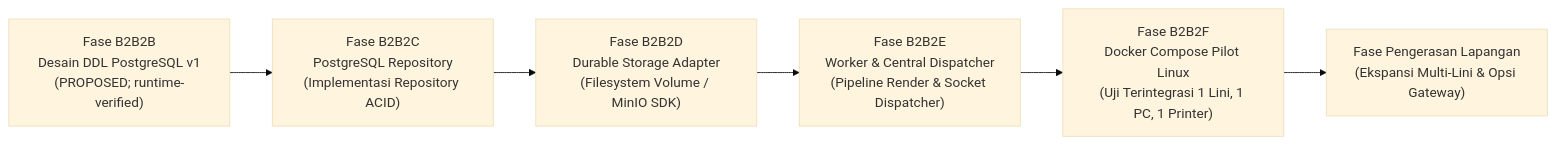
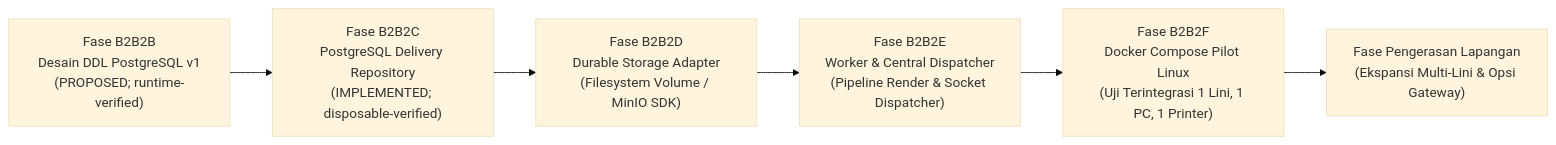
Before and after one commit to pikidisini/Thermal-Label-Studio: the third of 3 diagrams in docs/architecture/production_architecture_options.md, drawn with Mermaid (base theme). The commit also changed other lines of this file and 38 other files, not shown here.

First line of the commit message:
feat: add PostgreSQL persistence layer for print pipeline

````diff
--- a/docs/architecture/production_architecture_options.md
+++ b/docs/architecture/production_architecture_options.md
@@ -541,8 +539,8 @@
 ```mermaid
 flowchart LR
-    A["Fase B2B2B\nDesain DDL PostgreSQL v1\n(PROPOSED; runtime-verified)"] --> B["Fase B2B2C\nPostgreSQL Repository\n(Implementasi Repository ACID)"]
+    A["Fase B2B2B\nDesain DDL PostgreSQL v1\n(PROPOSED; runtime-verified)"] --> B["Fase B2B2C\nPostgreSQL Delivery Repository\n(IMPLEMENTED; disposable-verified)"]
     B --> C["Fase B2B2D\nDurable Storage Adapter\n(Filesystem Volume / MinIO SDK)"]
     C --> D["Fase B2B2E\nWorker & Central Dispatcher\n(Pipeline Render & Socket Dispatcher)"]
     D --> E["Fase B2B2F\nDocker Compose Pilot Linux\n(Uji Terintegrasi 1 Lini, 1 PC, 1 Printer)"]
     E --> F["Fase Pengerasan Lapangan\n(Ekspansi Multi-Lini & Opsi Gateway)"]
 ```
````
